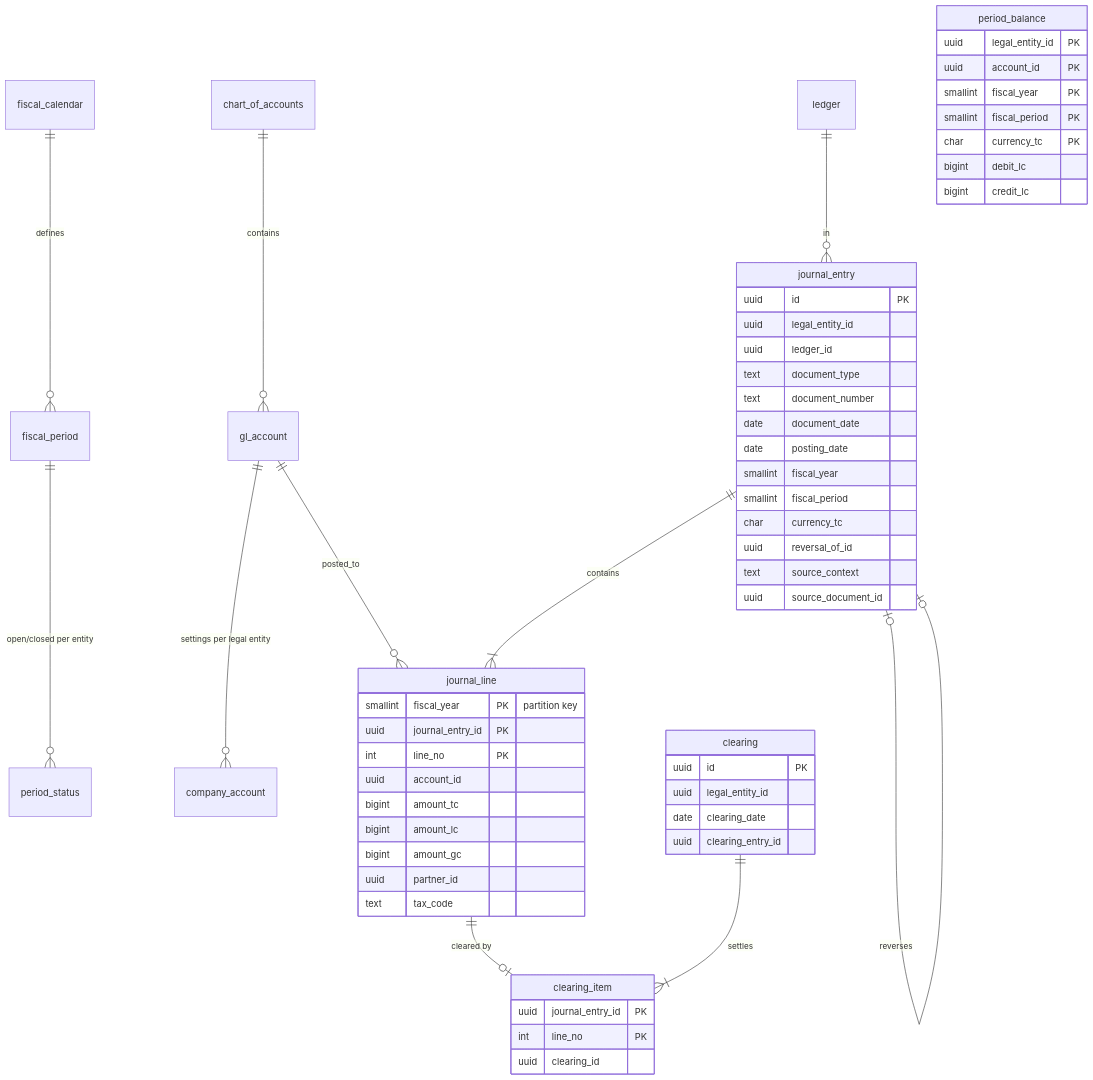
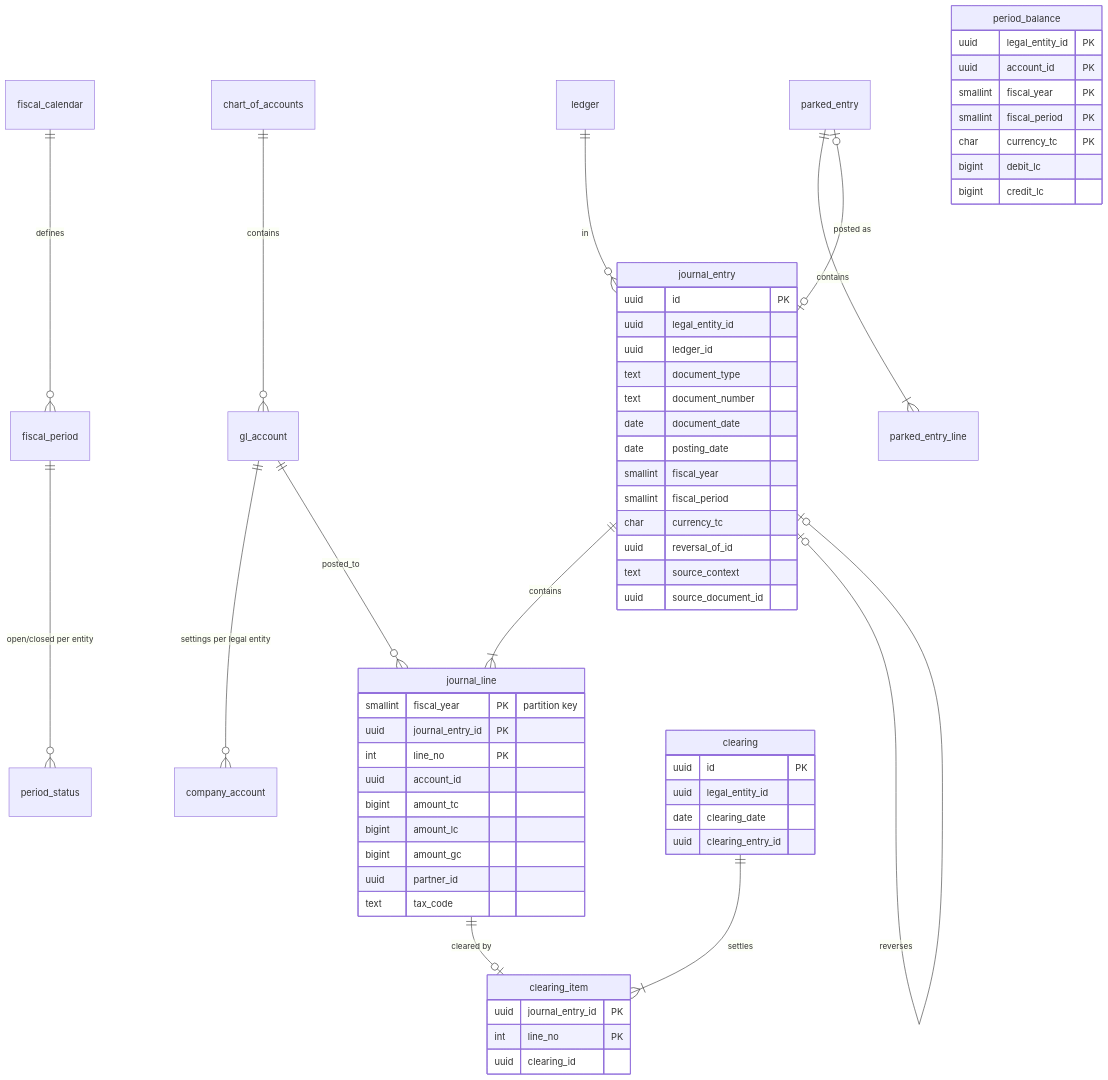
One commit to mustie7iy/agentic-erp changed the fifth of 9 diagrams in docs/design/03-data-model.md. Above: the diagram before and after it, drawn with Mermaid. The commit also changed other lines of this file and 4 other files, not shown here.

````diff
--- a/docs/design/03-data-model.md
+++ b/docs/design/03-data-model.md
@@ -370,49 +370,51 @@
 ```mermaid
 erDiagram
   chart_of_accounts ||--o{ gl_account : contains
   gl_account ||--o{ company_account : "settings per legal entity"
   fiscal_calendar ||--o{ fiscal_period : defines
   fiscal_period ||--o{ period_status : "open/closed per entity"
   journal_entry ||--|{ journal_line : contains
   journal_entry |o--o| journal_entry : reverses
   clearing ||--|{ clearing_item : settles
   journal_line ||--o| clearing_item : "cleared by"
   gl_account ||--o{ journal_line : posted_to
   ledger ||--o{ journal_entry : in
+  parked_entry ||--|{ parked_entry_line : contains
+  parked_entry |o--o| journal_entry : "posted as"
   journal_entry { uuid id PK
     uuid legal_entity_id
     uuid ledger_id
     text document_type
     text document_number
     date document_date
     date posting_date
     smallint fiscal_year
     smallint fiscal_period
     char currency_tc
     uuid reversal_of_id
     text source_context
     uuid source_document_id }
   journal_line { smallint fiscal_year PK "partition key"
     uuid journal_entry_id PK
     int line_no PK
     uuid account_id
     bigint amount_tc
     bigint amount_lc
     bigint amount_gc
     uuid partner_id
     text tax_code }
   clearing { uuid id PK
     uuid legal_entity_id
     date clearing_date
     uuid clearing_entry_id }
   clearing_item { uuid journal_entry_id PK
     int line_no PK
     uuid clearing_id }
   period_balance { uuid legal_entity_id PK
     uuid account_id PK
     smallint fiscal_year PK
     smallint fiscal_period PK
     char currency_tc PK
     bigint debit_lc
     bigint credit_lc }
 ```
````
